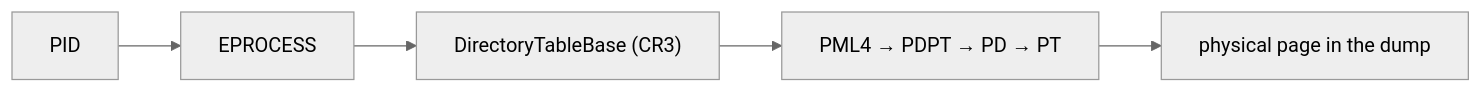
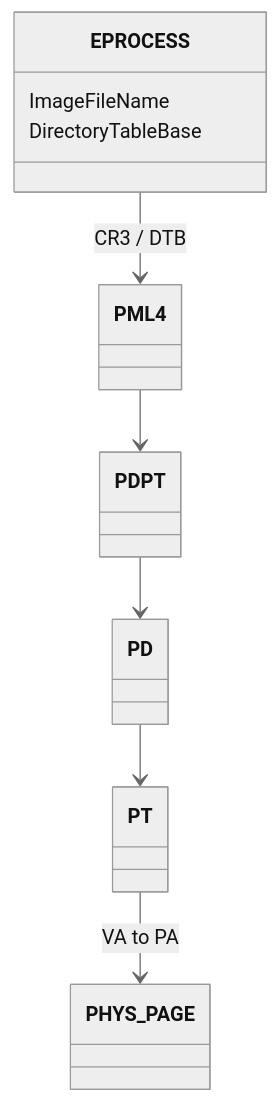
One commit to jwu29/issen changed diagram 26 of 52 in docs/workshop-3hr/gamma-script.md. Above: the diagram before and after it, drawn with Mermaid (neutral theme). The commit also changed other lines of this file, not shown here.

First line of the commit message:
docs(workshop): data-structure diagrams for structure cards (paper idiom)

````diff
--- a/docs/workshop-3hr/gamma-script.md
+++ b/docs/workshop-3hr/gamma-script.md
@@ -611,7 +641,12 @@
 ```mermaid
-flowchart LR
-  PID["PID"] --> EP["EPROCESS"]
-  EP --> CR3["DirectoryTableBase (CR3)"]
-  CR3 --> PW["PML4 → PDPT → PD → PT"]
-  PW --> PA["physical page in the dump"]
+classDiagram
+  class EPROCESS {
+    ImageFileName
+    DirectoryTableBase
+  }
+  EPROCESS --> PML4 : CR3 / DTB
+  PML4 --> PDPT
+  PDPT --> PD
+  PD --> PT
+  PT --> PHYS_PAGE : VA to PA
 ```
````
